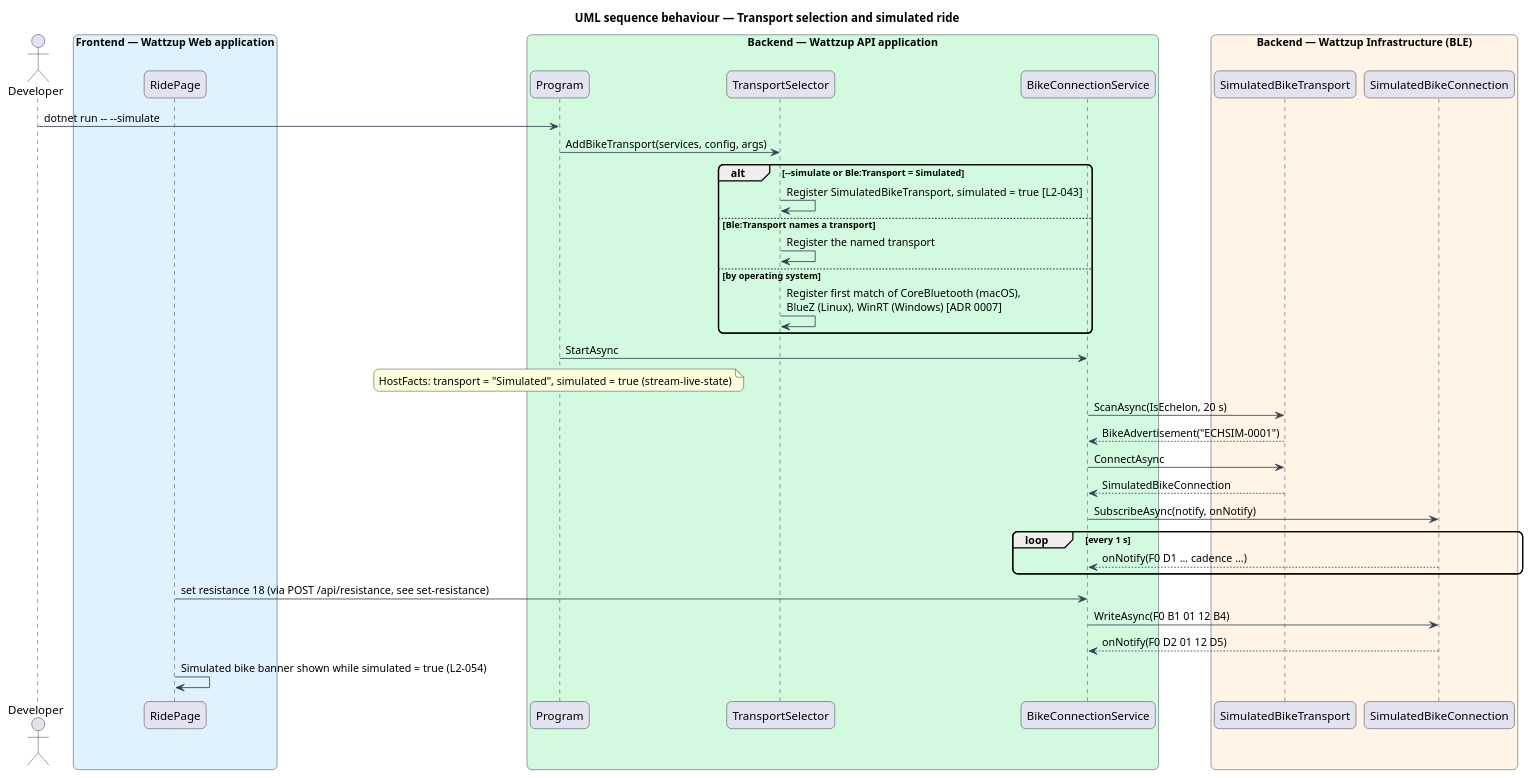
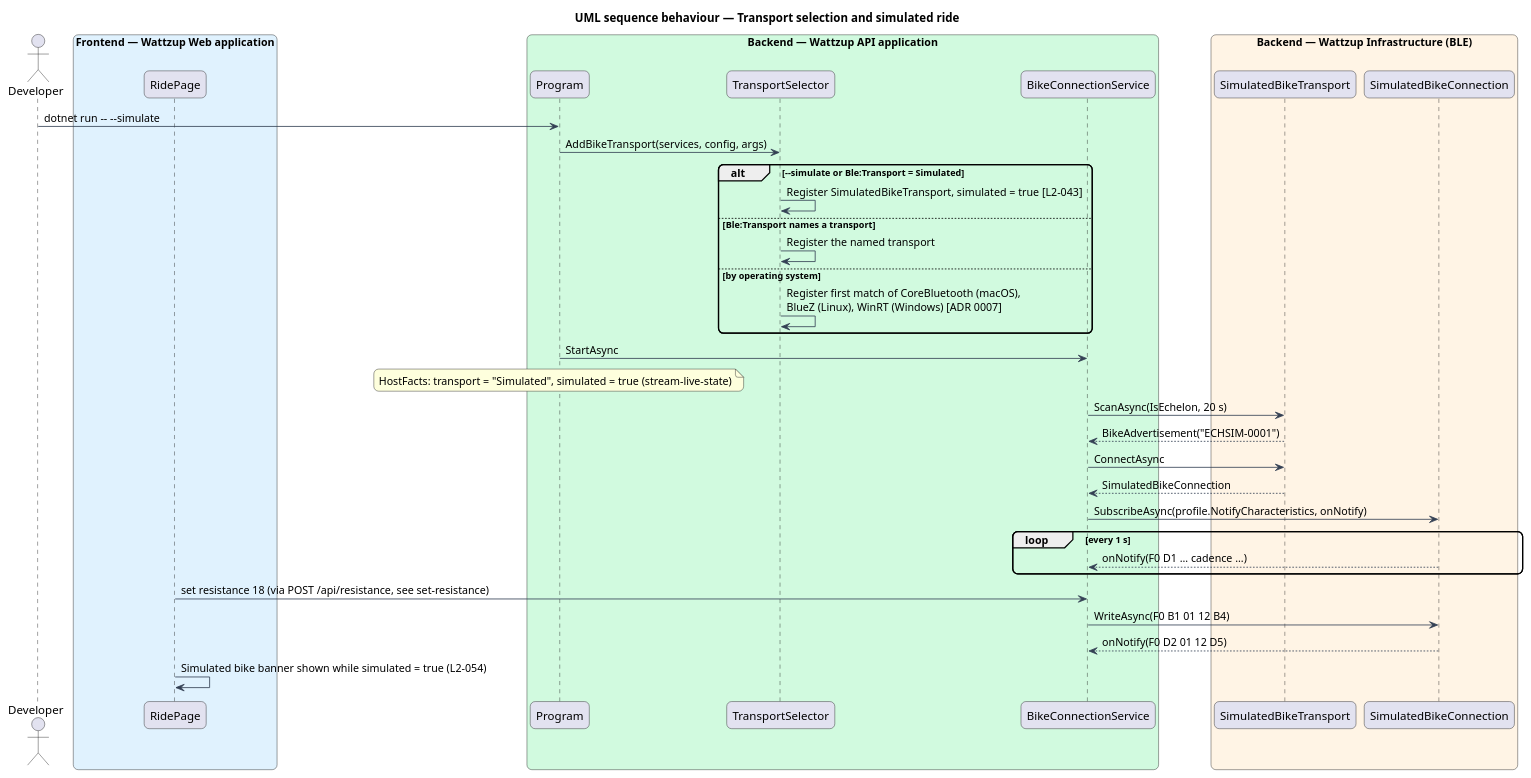
The diagram in docs/detailed-designs/bike-connectivity/bluetooth-platform-transports/diagrams/sequence-select-and-simulate.puml (QuinntyneBrown/ride-one), drawn with PlantUML before and after one commit. The commit also changed 100 other files, not shown here.

```diff
--- a/docs/detailed-designs/bike-connectivity/bluetooth-platform-transports/diagrams/sequence-select-and-simulate.puml
+++ b/docs/detailed-designs/bike-connectivity/bluetooth-platform-transports/diagrams/sequence-select-and-simulate.puml
@@ -1,45 +1,45 @@
 @startuml
 title UML sequence behaviour — Transport selection and simulated ride
 skinparam backgroundColor #FFFFFF
 skinparam shadowing false
 skinparam roundcorner 12
 skinparam defaultFontName Arial
 skinparam ArrowColor #344054
 actor "Developer" as dev
 box "Frontend — Wattzup Web application" #E0F2FE
   participant "RidePage" as page
 end box
 box "Backend — Wattzup API application" #D1FADF
   participant "Program" as program
   participant "TransportSelector" as sel
   participant "BikeConnectionService" as svc
 end box
 box "Backend — Wattzup Infrastructure (BLE)" #FFF4E5
   participant "SimulatedBikeTransport" as sim
   participant "SimulatedBikeConnection" as conn
 end box
 
 dev -> program : dotnet run -- ~--simulate
 program -> sel : AddBikeTransport(services, config, args)
 alt ~--simulate or Ble:Transport = Simulated
   sel -> sel : Register SimulatedBikeTransport, simulated = true [L2-043]
 else Ble:Transport names a transport
   sel -> sel : Register the named transport
 else by operating system
   sel -> sel : Register first match of CoreBluetooth (macOS),\nBlueZ (Linux), WinRT (Windows) [ADR 0007]
 end
 program -> svc : StartAsync
 note over program : HostFacts: transport = "Simulated", simulated = true (stream-live-state)
 svc -> sim : ScanAsync(IsEchelon, 20 s)
 sim --> svc : BikeAdvertisement("ECHSIM-0001")
 svc -> sim : ConnectAsync
 sim --> svc : SimulatedBikeConnection
-svc -> conn : SubscribeAsync(notify, onNotify)
+svc -> conn : SubscribeAsync(profile.NotifyCharacteristics, onNotify)
 loop every 1 s
   conn --> svc : onNotify(F0 D1 ... cadence ...)
 end
 page -> svc : set resistance 18 (via POST /api/resistance, see set-resistance)
 svc -> conn : WriteAsync(F0 B1 01 12 B4)
 conn --> svc : onNotify(F0 D2 01 12 D5)
 page -> page : Simulated bike banner shown while simulated = true (L2-054)
 @enduml
```
